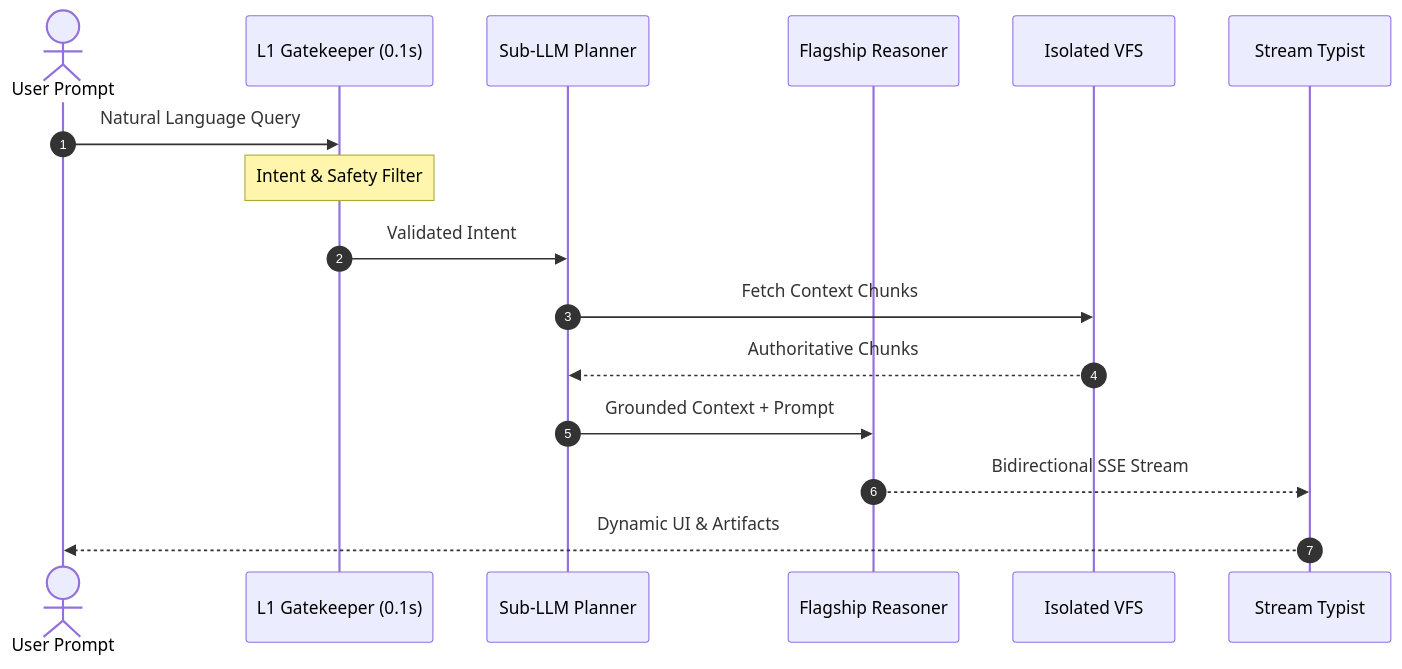
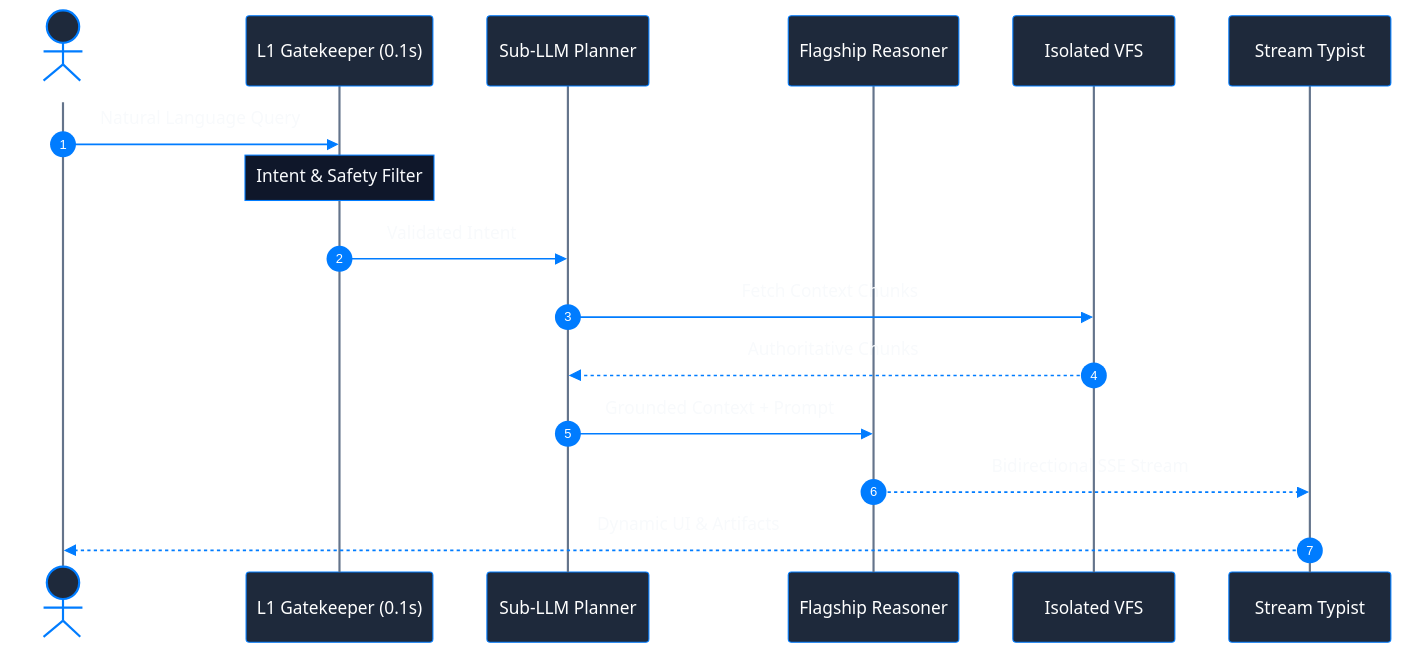
The diagram in features/agent.mdx (Connex-Brothers-Consulting-Group/cbcg-hs-connex-docs), drawn with Mermaid before and after one commit. The commit also changed 35 other files, not shown here.

First line of the commit message:
feat(docs): overhaul enterprise architecture, 6-tab navigation, and 5-pillar user manuals

````diff
--- a/features/agent.mdx
+++ b/features/agent.mdx
@@ -30,19 +30,37 @@
 ```mermaid
+%%{init: {
+  'theme': 'base',
+  'themeVariables': {
+    'actorBkg': '#1E293B',
+    'actorBorder': '#007CFF',
+    'actorTextColor': '#FFFFFF',
+    'actorLineColor': '#64748B',
+    'signalColor': '#007CFF',
+    'signalTextColor': '#F8FAFC',
+    'labelBoxBkgColor': '#1E293B',
+    'labelBoxBorderColor': '#007CFF',
+    'labelTextColor': '#FFFFFF',
+    'noteBkgColor': '#0F172A',
+    'noteBorderColor': '#007CFF',
+    'noteTextColor': '#F8FAFC',
+    'sequenceNumberColor': '#FFFFFF'
+  }
+}}%%
 sequenceDiagram
     autonumber
     actor User as User Prompt
     participant L1 as L1 Gatekeeper (0.1s)
     participant Planner as Sub-LLM Planner
     participant Engine as Flagship Reasoner
     participant VFS as Isolated VFS
     participant Output as Stream Typist
 
     User->>L1: Natural Language Query
     Note over L1: Intent & Safety Filter
     L1->>Planner: Validated Intent
     Planner->>VFS: Fetch Context Chunks
     VFS-->>Planner: Authoritative Chunks
     Planner->>Engine: Grounded Context + Prompt
     Engine-->>Output: Bidirectional SSE Stream
     Output-->>User: Dynamic UI & Artifacts
 ```
````
